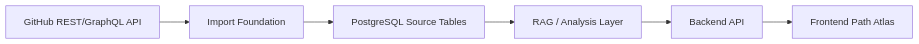
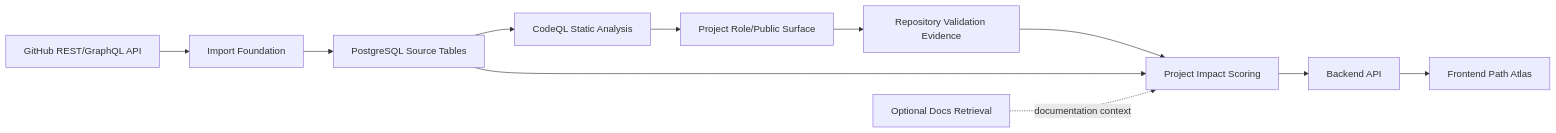
The second of 2 diagrams in docs/spec.md (KFJG-Team1/rag-board), drawn with Mermaid before and after one commit. The commit also changed other lines of this file and 81 other files, not shown here.

````diff
--- a/docs/spec.md
+++ b/docs/spec.md
@@ -78,11 +97,17 @@
 ```mermaid
 flowchart LR
     GitHub["GitHub REST/GraphQL API"]
     Import["Import Foundation"]
     DB["PostgreSQL Source Tables"]
-    RAG["RAG / Analysis Layer"]
+    CodeQL["CodeQL Static Analysis"]
+    Role["Project Role/Public Surface"]
+    Validation["Repository Validation Evidence"]
+    Score["Project Impact Scoring"]
+    Docs["Optional Docs Retrieval"]
     API["Backend API"]
     UI["Frontend Path Atlas"]
 
-    GitHub --> Import --> DB --> RAG --> API --> UI
+    GitHub --> Import --> DB --> CodeQL --> Role --> Validation --> Score --> API --> UI
+    DB --> Score
+    Docs -. documentation context .-> Score
 ```
````
